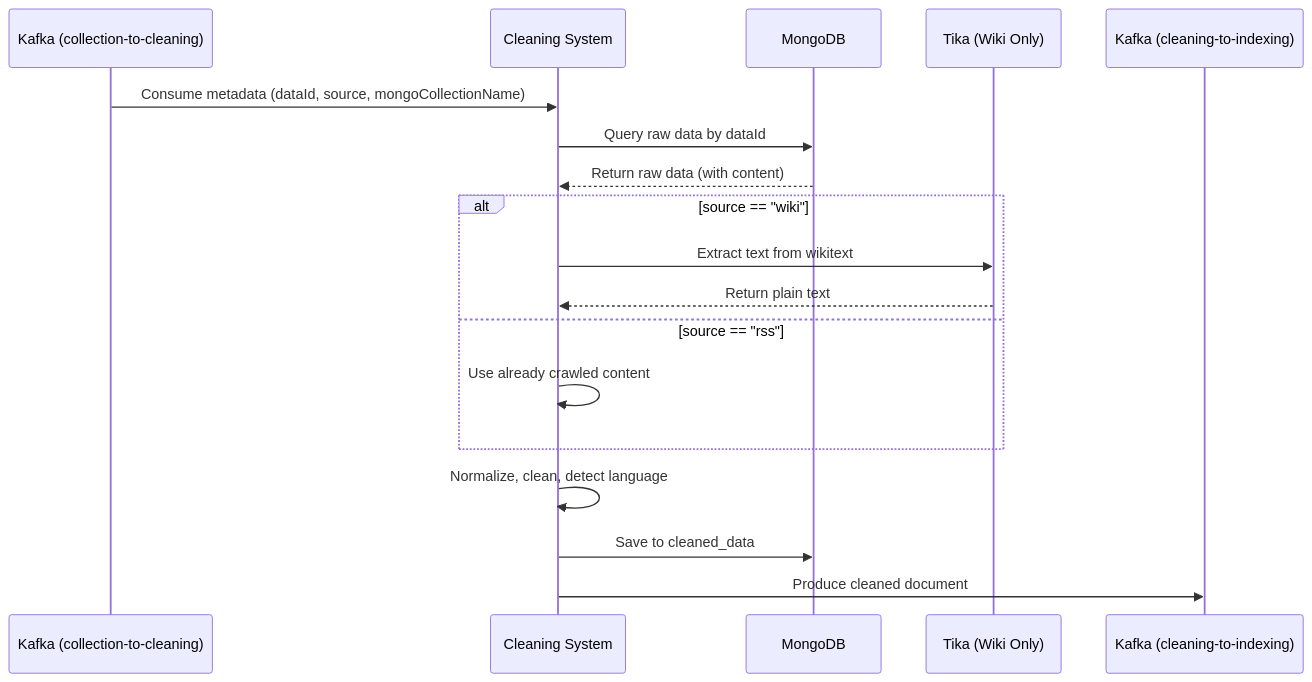
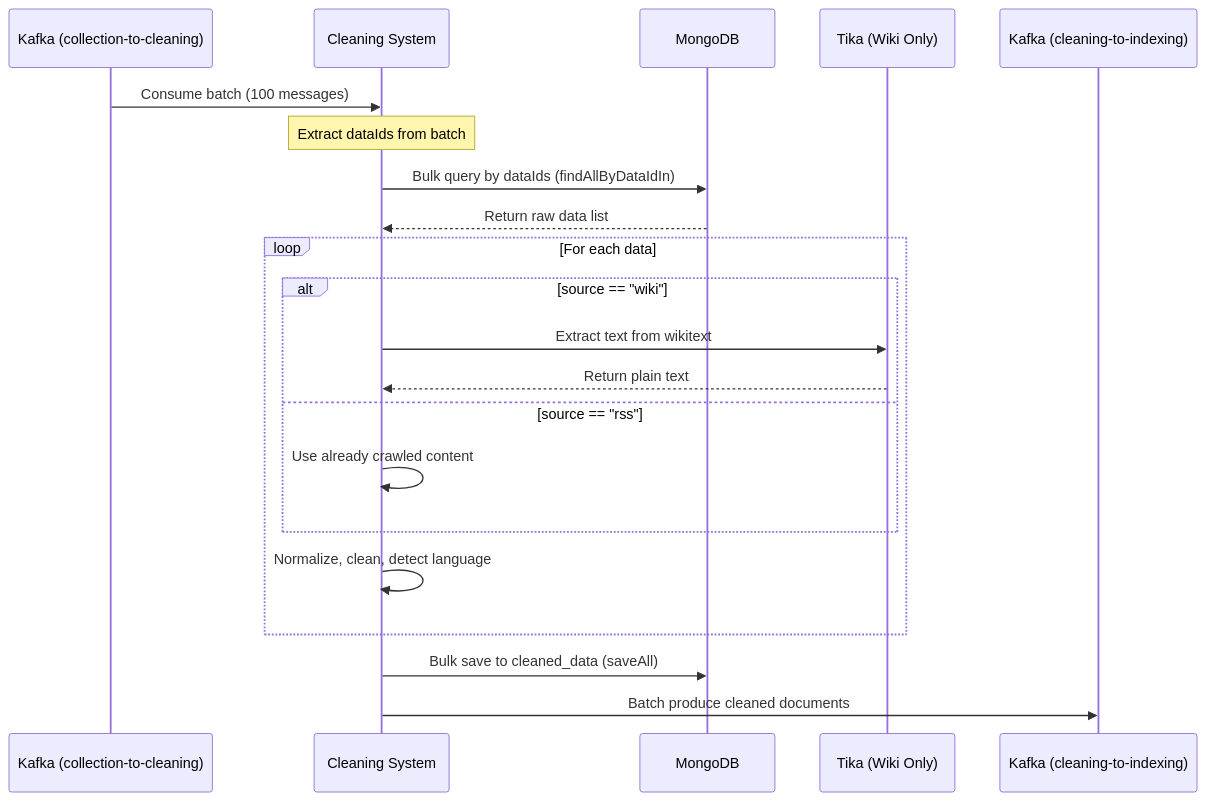
Before and after one commit to JAVACAFE-CLUB/realtime-sujeong: the third of 5 diagrams in cleaning-system/CLEANING_SYSTEM_DESIGN.md, drawn with Mermaid. The commit also changed other lines of this file and 2 other files, not shown here.

````diff
--- a/cleaning-system/CLEANING_SYSTEM_DESIGN.md
+++ b/cleaning-system/CLEANING_SYSTEM_DESIGN.md
@@ -99,23 +101,26 @@
 ```mermaid
 sequenceDiagram
     participant K1 as Kafka (collection-to-cleaning)
     participant C as Cleaning System
     participant M as MongoDB
     participant T as Tika (Wiki Only)
     participant K2 as Kafka (cleaning-to-indexing)
 
-    K1->>C: Consume metadata (dataId, source, mongoCollectionName)
-    C->>M: Query raw data by dataId
-    M-->>C: Return raw data (with content)
+    K1->>C: Consume batch (100 messages)
+    Note over C: Extract dataIds from batch
+    C->>M: Bulk query by dataIds (findAllByDataIdIn)
+    M-->>C: Return raw data list
 
-    alt source == "wiki"
-        C->>T: Extract text from wikitext
-        T-->>C: Return plain text
-    else source == "rss"
-        C->>C: Use already crawled content
+    loop For each data
+        alt source == "wiki"
+            C->>T: Extract text from wikitext
+            T-->>C: Return plain text
+        else source == "rss"
+            C->>C: Use already crawled content
+        end
+        C->>C: Normalize, clean, detect language
     end
 
-    C->>C: Normalize, clean, detect language
-    C->>M: Save to cleaned_data
-    C->>K2: Produce cleaned document
+    C->>M: Bulk save to cleaned_data (saveAll)
+    C->>K2: Batch produce cleaned documents
 ```
````
